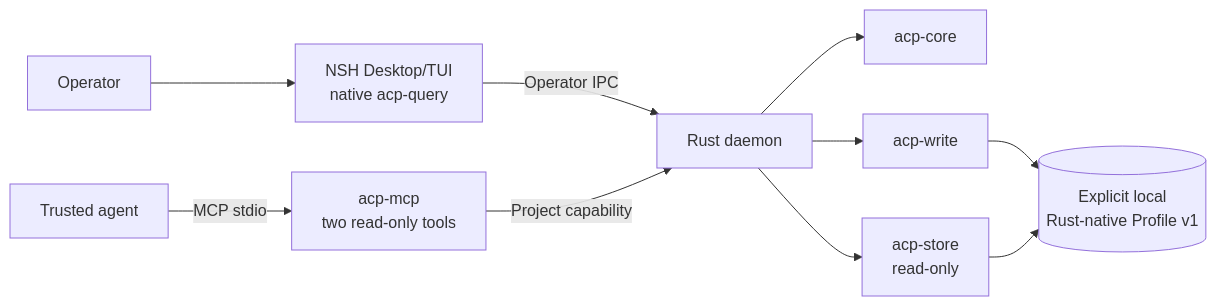
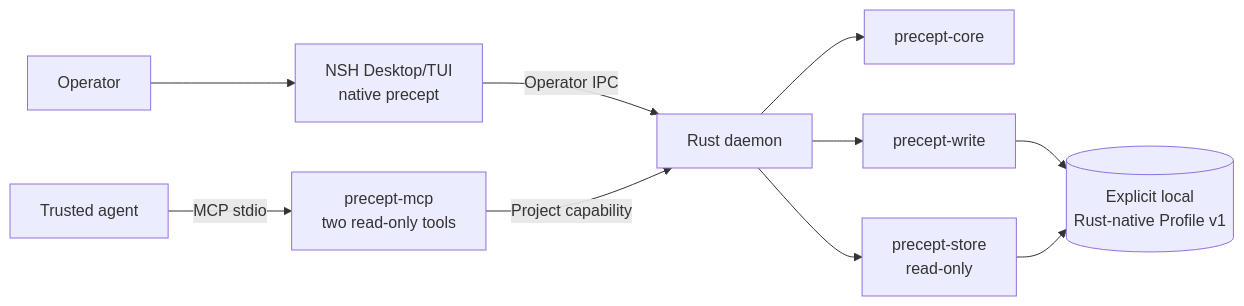
One commit to ybakiame/precept changed the diagram in docs/architecture.md. Above: the diagram before and after it, drawn with Mermaid. The commit also changed other lines of this file and 231 other files, not shown here.

````diff
--- a/docs/architecture.md
+++ b/docs/architecture.md
@@ -10,22 +10,22 @@
 ```mermaid
 flowchart LR
     Operator["Operator"]
-    Clients["NSH Desktop/TUI<br/>native acp-query"]
+    Clients["NSH Desktop/TUI<br/>native precept"]
     Daemon["Rust daemon"]
-    Core["acp-core"]
-    Writer["acp-write"]
-    Store["acp-store<br/>read-only"]
+    Core["precept-core"]
+    Writer["precept-write"]
+    Store["precept-store<br/>read-only"]
     Profile[("Explicit local<br/>Rust-native Profile v1")]
     Agent["Trusted agent"]
-    MCP["acp-mcp<br/>two read-only tools"]
+    MCP["precept-mcp<br/>two read-only tools"]
 
     Operator --> Clients
     Clients -->|"Operator IPC"| Daemon
     Daemon --> Core
     Daemon --> Writer
     Daemon --> Store
     Writer --> Profile
     Store --> Profile
     Agent -->|"MCP stdio"| MCP
     MCP -->|"Project capability"| Daemon
 ```
````
